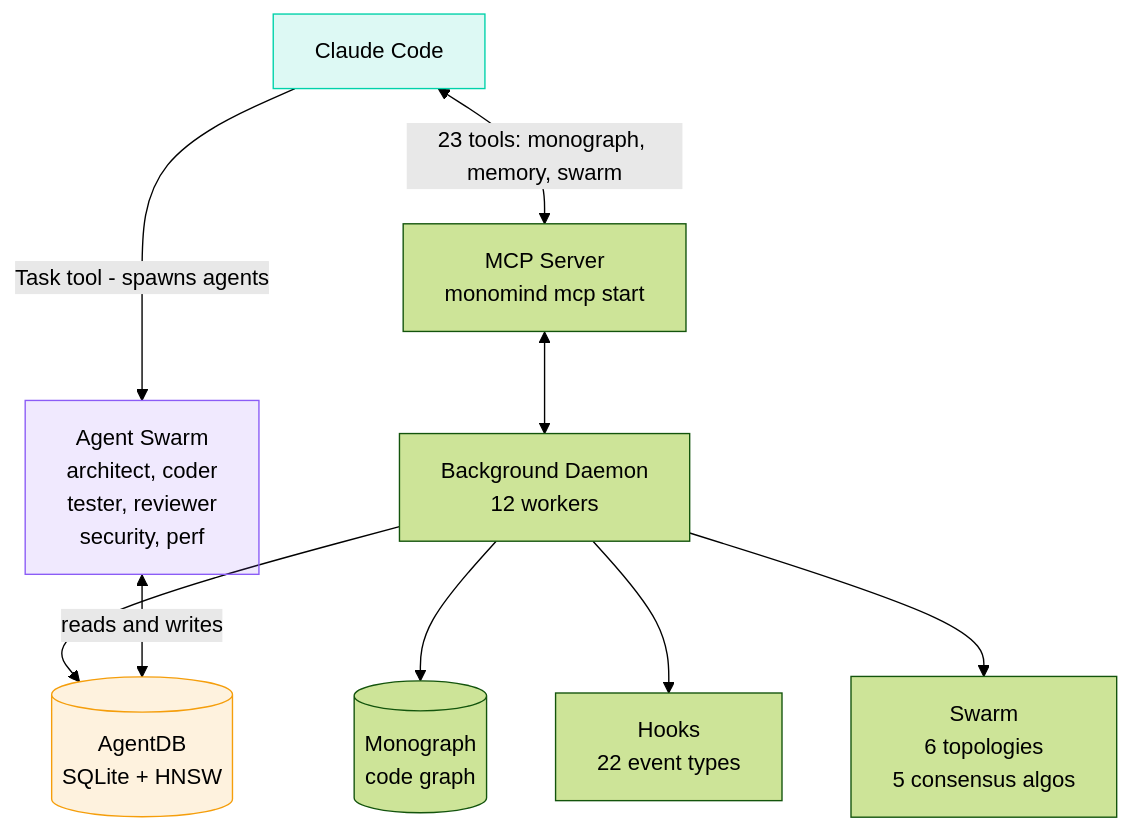
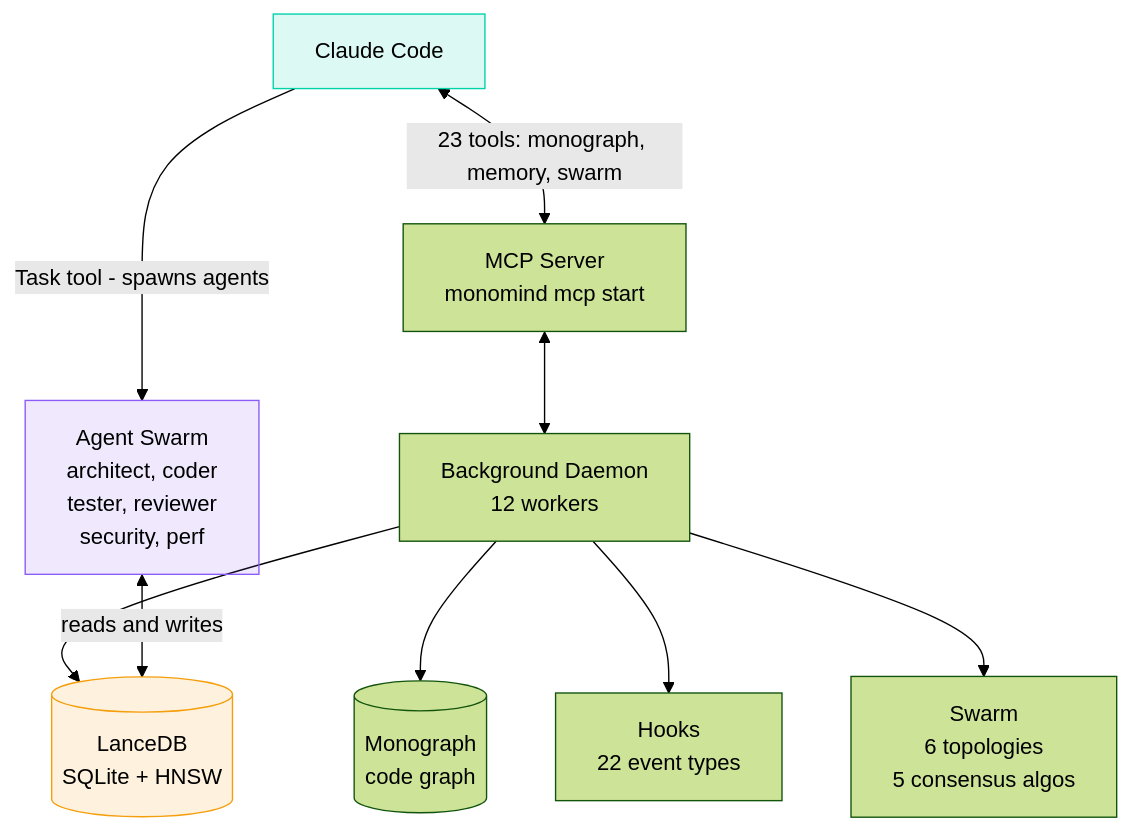
The sixth of 6 diagrams in README.md (monoes/monomind), drawn with Mermaid (forest theme) before and after one commit. The commit also changed other lines of this file and 891 other files, not shown here.

````diff
--- a/README.md
+++ b/README.md
@@ -352,21 +352,21 @@
 ```mermaid
 graph TD
     CC["Claude Code"]
     MCP["MCP Server\nmonomind mcp start"]
     D["Background Daemon\n12 workers"]
 
     CC <-->|"23 tools: monograph, memory, swarm"| MCP
     MCP <--> D
 
-    D --> ADB[("AgentDB\nSQLite + HNSW")]
+    D --> ADB[("LanceDB\nSQLite + HNSW")]
     D --> MG[("Monograph\ncode graph")]
     D --> HK["Hooks\n22 event types"]
     D --> SW["Swarm\n6 topologies\n5 consensus algos"]
 
     CC -->|"Task tool - spawns agents"| AG["Agent Swarm\narchitect, coder\ntester, reviewer\nsecurity, perf"]
     AG <-->|reads and writes| ADB
 
     style CC fill:#00D2AA22,stroke:#00D2AA
     style AG fill:#8B5CF622,stroke:#8B5CF6
     style ADB fill:#F59E0B22,stroke:#F59E0B
 ```
````
